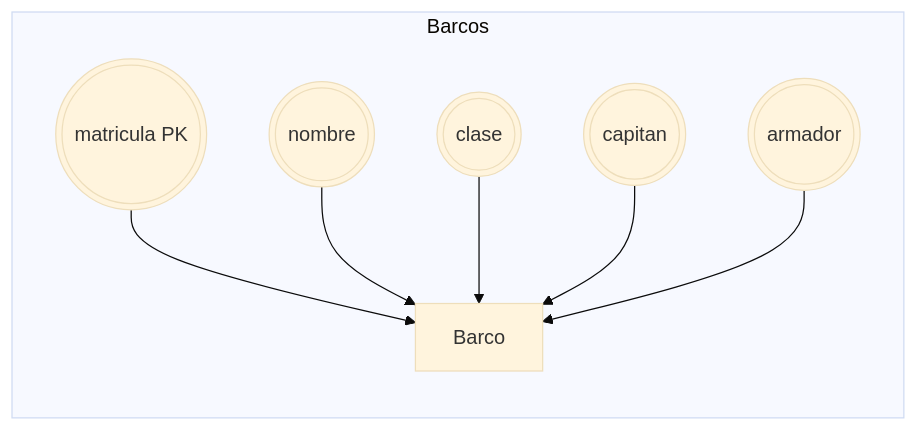
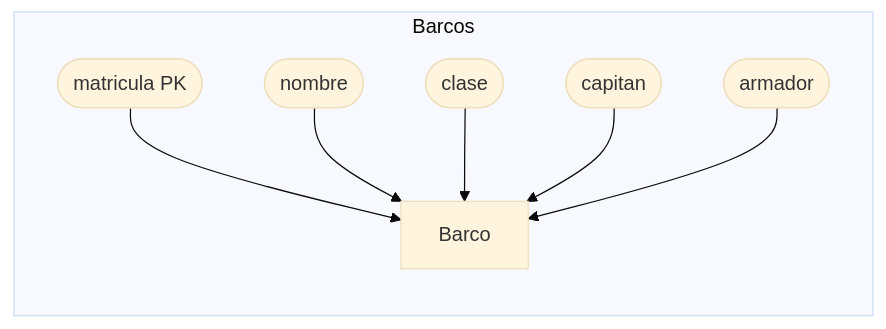
The third of 7 diagrams in DataBases/lonja_DB.md (JulTob/Data), drawn with Mermaid (base theme) before and after one commit. The commit also changed other lines of this file, not shown here.

````diff
--- a/DataBases/lonja_DB.md
+++ b/DataBases/lonja_DB.md
@@ -171,14 +171,14 @@
 ```mermaid
 flowchart LR   
 
   %% Atributos BARCO
   subgraph Barcos
-  matricula(((matricula PK))):::atributo --> Barco
-  nombre_barco(((nombre))):::atributo --> Barco
-  clase_barco(((clase))):::atributo --> Barco
-  capitan(((capitan))):::atributo --> Barco
-  armador(((armador))):::atributo --> Barco
+  matricula([matricula PK]):::atributo --> Barco
+  nombre_barco([nombre]):::atributo --> Barco
+  clase_barco([clase]):::atributo --> Barco
+  capitan([capitan]):::atributo --> Barco
+  armador([armador]):::atributo --> Barco
   end
 
 
 ```
````
